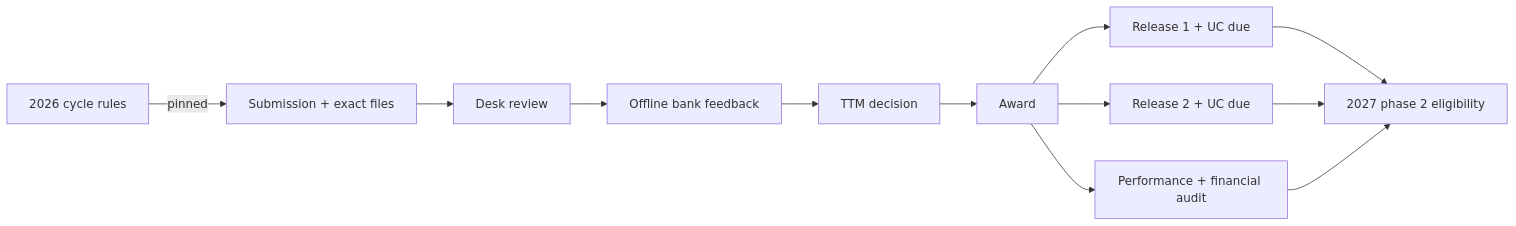
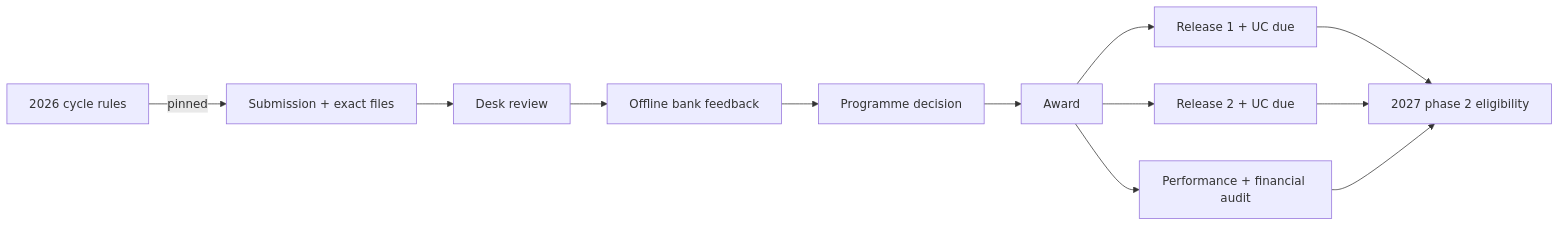
Before and after one commit to kuchuk-borom-debbarma/seb-backend: the second of 5 diagrams in docs/application-guide.md, drawn with Mermaid. The commit also changed other lines of this file and 399 other files, not shown here.

````diff
--- a/docs/application-guide.md
+++ b/docs/application-guide.md
@@ -65,14 +72,14 @@
 ```mermaid
 flowchart LR
   C["2026 cycle rules"] -->|"pinned"| S["Submission + exact files"]
   S --> D["Desk review"]
   D --> B["Offline bank feedback"]
-  B --> T["TTM decision"]
+  B --> T["Programme decision"]
   T --> W["Award"]
   W --> R1["Release 1 + UC due"]
   W --> R2["Release 2 + UC due"]
   W --> X["Performance + financial audit"]
   R1 --> P2["2027 phase 2 eligibility"]
   R2 --> P2
   X --> P2
 ```
````
